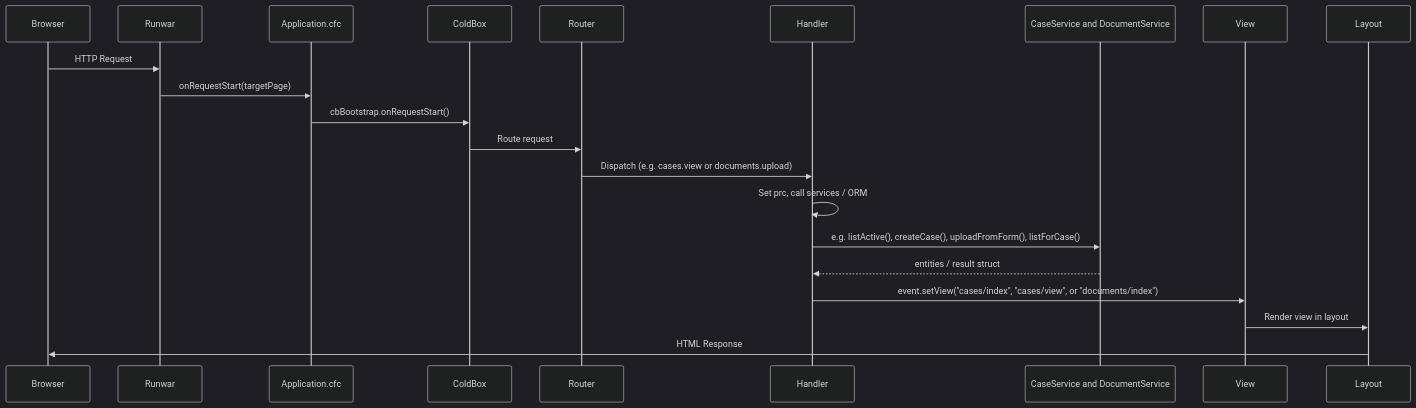
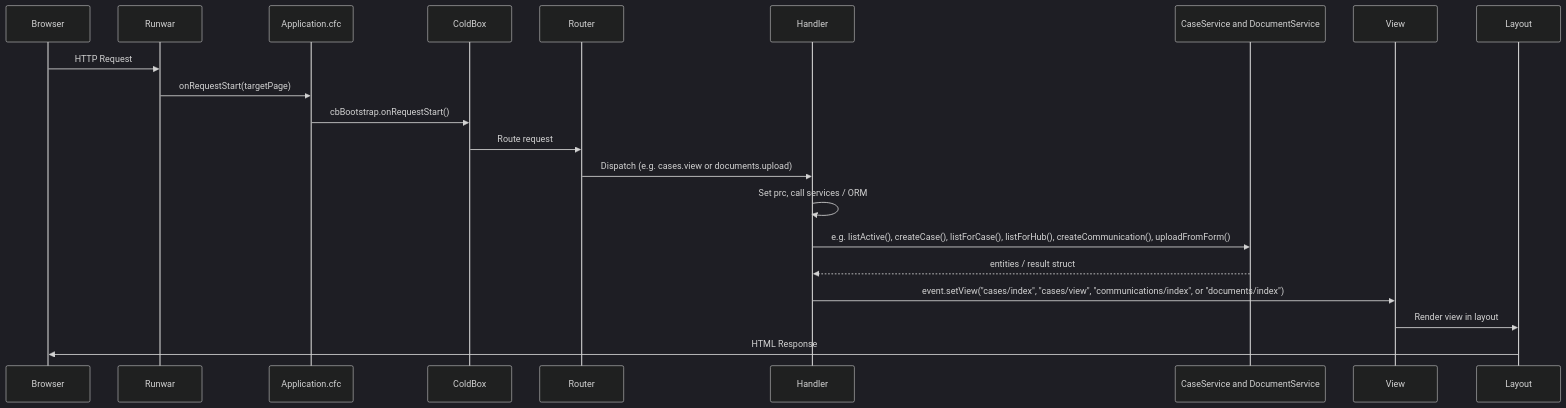
One commit to mattburnett-repo/servepoint changed the first of 2 diagrams in design/mermaid/request-lifecycle.md. Above: the diagram before and after it, drawn with Mermaid (dark theme). The commit also changed other lines of this file and 25 other files, not shown here.

````diff
--- a/design/mermaid/request-lifecycle.md
+++ b/design/mermaid/request-lifecycle.md
@@ -5,24 +5,24 @@
 ```mermaid
 sequenceDiagram
     participant Browser
     participant Runwar
     participant AppCfc as Application.cfc
     participant ColdBox
     participant Router
     participant Handler
     participant Service as CaseService and DocumentService
     participant View
     participant Layout
 
     Browser->>Runwar: HTTP Request
     Runwar->>AppCfc: onRequestStart(targetPage)
     AppCfc->>ColdBox: cbBootstrap.onRequestStart()
     ColdBox->>Router: Route request
     Router->>Handler: Dispatch (e.g. cases.view or documents.upload)
     Handler->>Handler: Set prc, call services / ORM
-    Handler->>Service: e.g. listActive(), createCase(), uploadFromForm(), listForCase()
+    Handler->>Service: e.g. listActive(), createCase(), listForCase(), listForHub(), createCommunication(), uploadFromForm()
     Service-->>Handler: entities / result struct
-    Handler->>View: event.setView("cases/index", "cases/view", or "documents/index")
+    Handler->>View: event.setView("cases/index", "cases/view", "communications/index", or "documents/index")
     View->>Layout: Render view in layout
     Layout->>Browser: HTML Response
 ```
````
